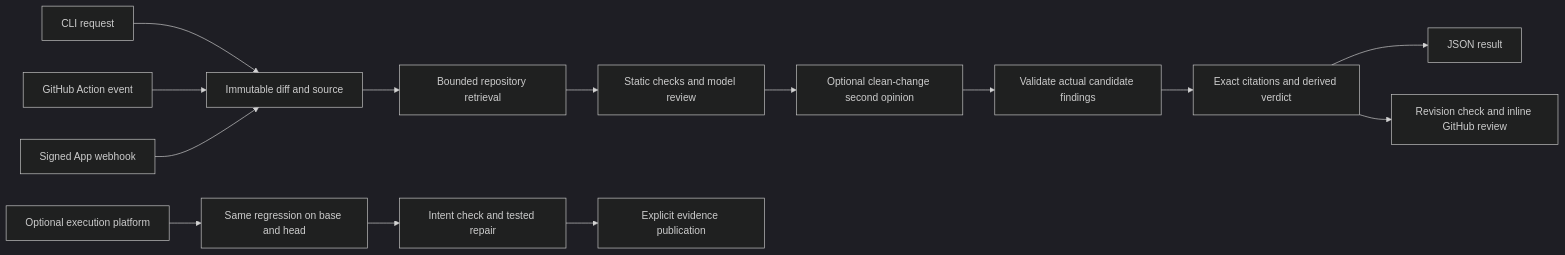
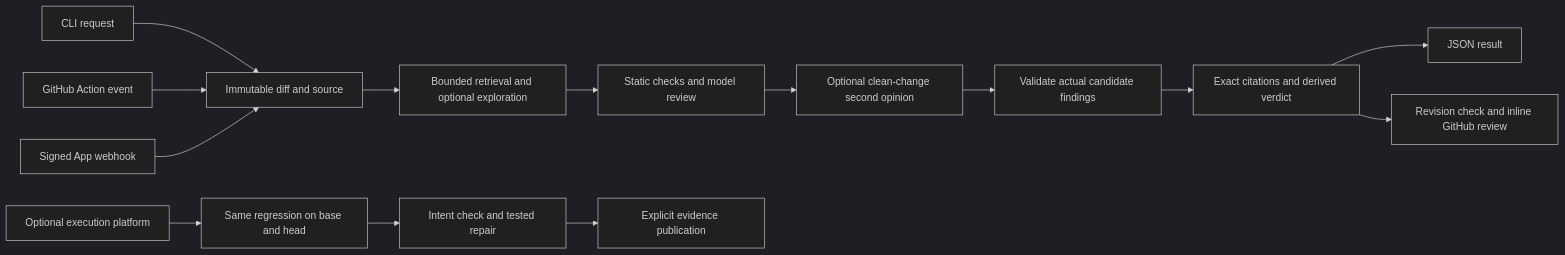
The diagram in docs/architecture.md (wuchris-ch/pr-review-agent-flue), drawn with Mermaid (dark theme) before and after one commit. The commit also changed other lines of this file and 23 other files, not shown here.

````diff
--- a/docs/architecture.md
+++ b/docs/architecture.md
@@ -5,16 +5,16 @@
 ```mermaid
 flowchart LR
   CLI[CLI request] --> Source[Immutable diff and source]
   Action[GitHub Action event] --> Source
   App[Signed App webhook] --> Source
-  Source --> Context[Bounded repository retrieval]
+  Source --> Context[Bounded retrieval and optional exploration]
   Context --> Checks[Static checks and model review]
   Checks --> Second[Optional clean-change second opinion]
   Second --> Validate[Validate actual candidate findings]
   Validate --> Ground[Exact citations and derived verdict]
   Ground --> JSON[JSON result]
   Ground --> Publish[Revision check and inline GitHub review]
   Platform[Optional execution platform] --> Paired[Same regression on base and head]
   Paired --> Intent[Intent check and tested repair]
   Intent --> Evidence[Explicit evidence publication]
 ```
````
